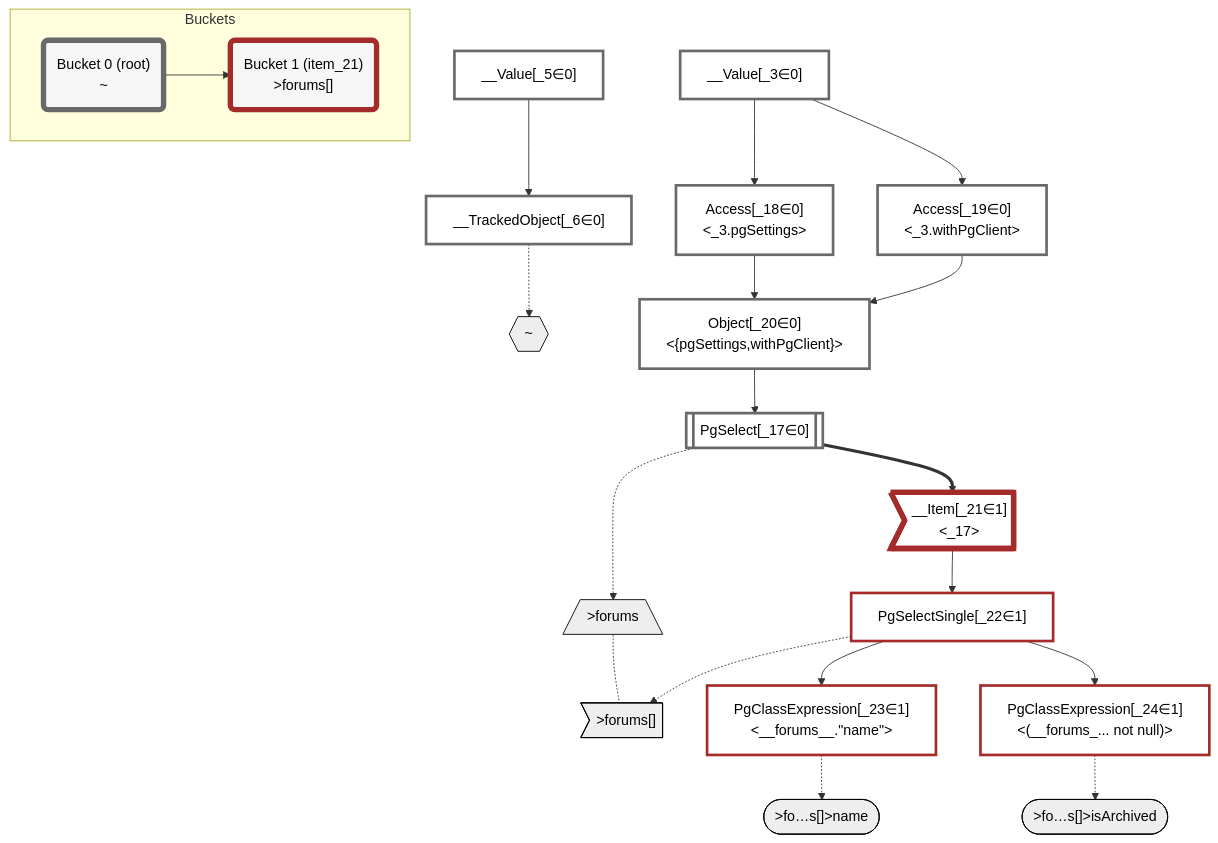
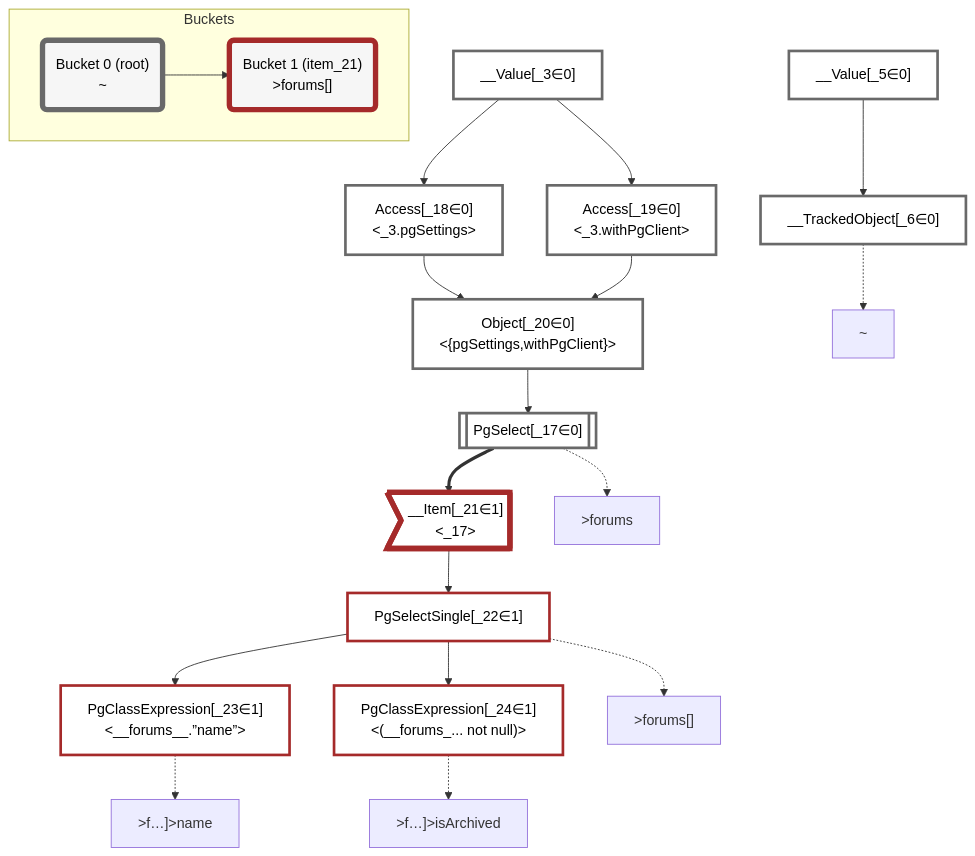
One commit to graphile/crystal changed the diagram in packages/dataplan-pg/__tests__/queries/super-simple/expression-columns.deopt.mermaid.md. Above: the diagram before and after it, drawn with Mermaid. The commit also changed 195 other files, not shown here.

````diff
--- a/packages/dataplan-pg/__tests__/queries/super-simple/expression-columns.deopt.mermaid.md
+++ b/packages/dataplan-pg/__tests__/queries/super-simple/expression-columns.deopt.mermaid.md
@@ -1,66 +1,60 @@
 ```mermaid
 graph TD
     classDef path fill:#eee,stroke:#000,color:#000
     classDef plan fill:#fff,stroke-width:3px,color:#000
     classDef itemplan fill:#fff,stroke-width:6px,color:#000
     classDef sideeffectplan fill:#f00,stroke-width:6px,color:#000
     classDef bucket fill:#f6f6f6,color:#000,stroke-width:6px
 
-    %% subgraph fields
-    P1{{"~"}}:::path
-    P2[/">forums"\]:::path
-    P3>">forums[]"]:::path
-    P2 -.- P3
-    P4([">fo…s[]>name"]):::path
-    %% P3 -.-> P4
-    P5([">fo…s[]>isArchived"]):::path
-    %% P3 -.-> P5
-    %% P1 -.-> P2
-    %% end
 
     %% define plans
     __Value_3["__Value[_3∈0]<br /><context>"]:::plan
     __Value_5["__Value[_5∈0]<br /><rootValue>"]:::plan
     __TrackedObject_6["__TrackedObject[_6∈0]"]:::plan
     PgSelect_17[["PgSelect[_17∈0]<br /><forums>"]]:::plan
     Access_18["Access[_18∈0]<br /><_3.pgSettings>"]:::plan
     Access_19["Access[_19∈0]<br /><_3.withPgClient>"]:::plan
     Object_20["Object[_20∈0]<br /><{pgSettings,withPgClient}>"]:::plan
     __Item_21>"__Item[_21∈1]<br /><_17>"]:::itemplan
     PgSelectSingle_22["PgSelectSingle[_22∈1]<br /><forums>"]:::plan
-    PgClassExpression_23["PgClassExpression[_23∈1]<br /><__forums__.#quot;name#quot;>"]:::plan
+    PgClassExpression_23["PgClassExpression[_23∈1]<br /><__forums__.”name”>"]:::plan
     PgClassExpression_24["PgClassExpression[_24∈1]<br /><(__forums_... not null)>"]:::plan
 
     %% plan dependencies
     __Value_5 --> __TrackedObject_6
     Object_20 --> PgSelect_17
     __Value_3 --> Access_18
     __Value_3 --> Access_19
     Access_18 --> Object_20
     Access_19 --> Object_20
     PgSelect_17 ==> __Item_21
     __Item_21 --> PgSelectSingle_22
     PgSelectSingle_22 --> PgClassExpression_23
     PgSelectSingle_22 --> PgClassExpression_24
 
     %% plan-to-path relationships
+    P1["~"]
     __TrackedObject_6 -.-> P1
+    P2[">forums"]
     PgSelect_17 -.-> P2
+    P3[">forums[]"]
     PgSelectSingle_22 -.-> P3
+    P4[">f…]>name"]
     PgClassExpression_23 -.-> P4
+    P5[">f…]>isArchived"]
     PgClassExpression_24 -.-> P5
 
     %% allocate buckets
     classDef bucket0 stroke:#696969
     class __Value_3,__Value_5,__TrackedObject_6,PgSelect_17,Access_18,Access_19,Object_20 bucket0
     classDef bucket1 stroke:#a52a2a
     class __Item_21,PgSelectSingle_22,PgClassExpression_23,PgClassExpression_24 bucket1
 
     subgraph Buckets
     Bucket0("Bucket 0 (root)<br />~"):::bucket
     style Bucket0 stroke:#696969
     Bucket1("Bucket 1 (item_21)<br />>forums[]"):::bucket
     style Bucket1 stroke:#a52a2a
     Bucket0 --> Bucket1
     end
 ```
````
